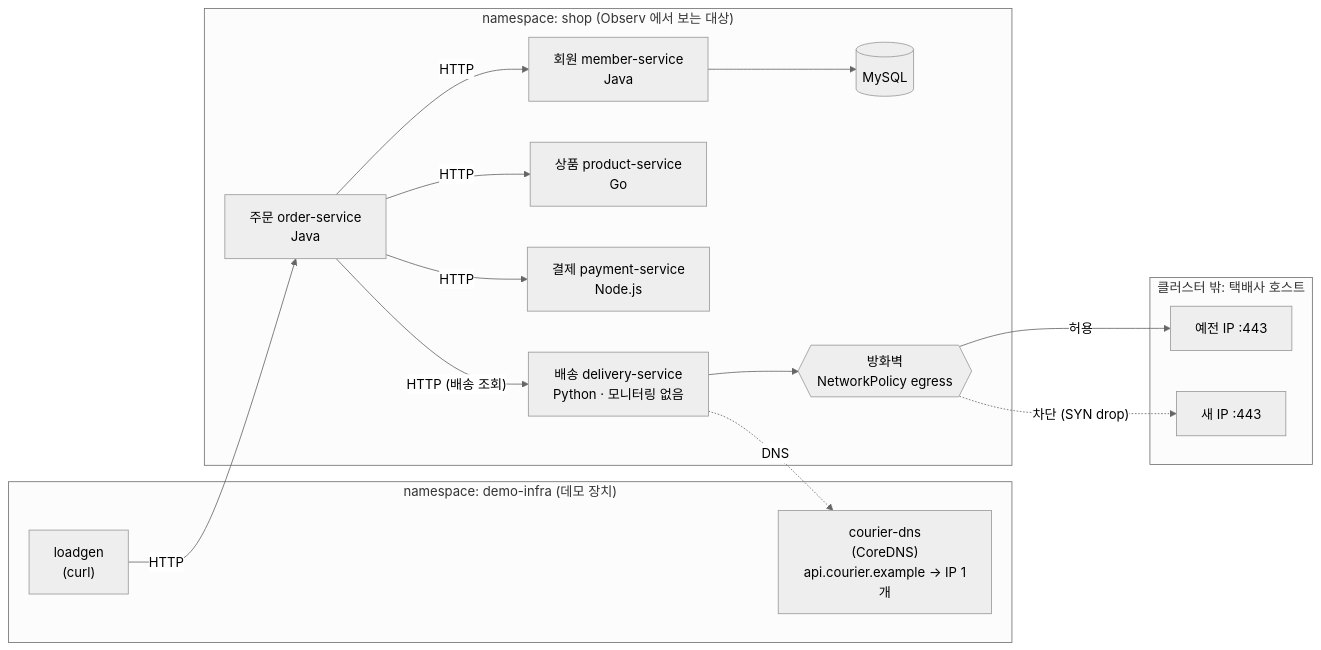
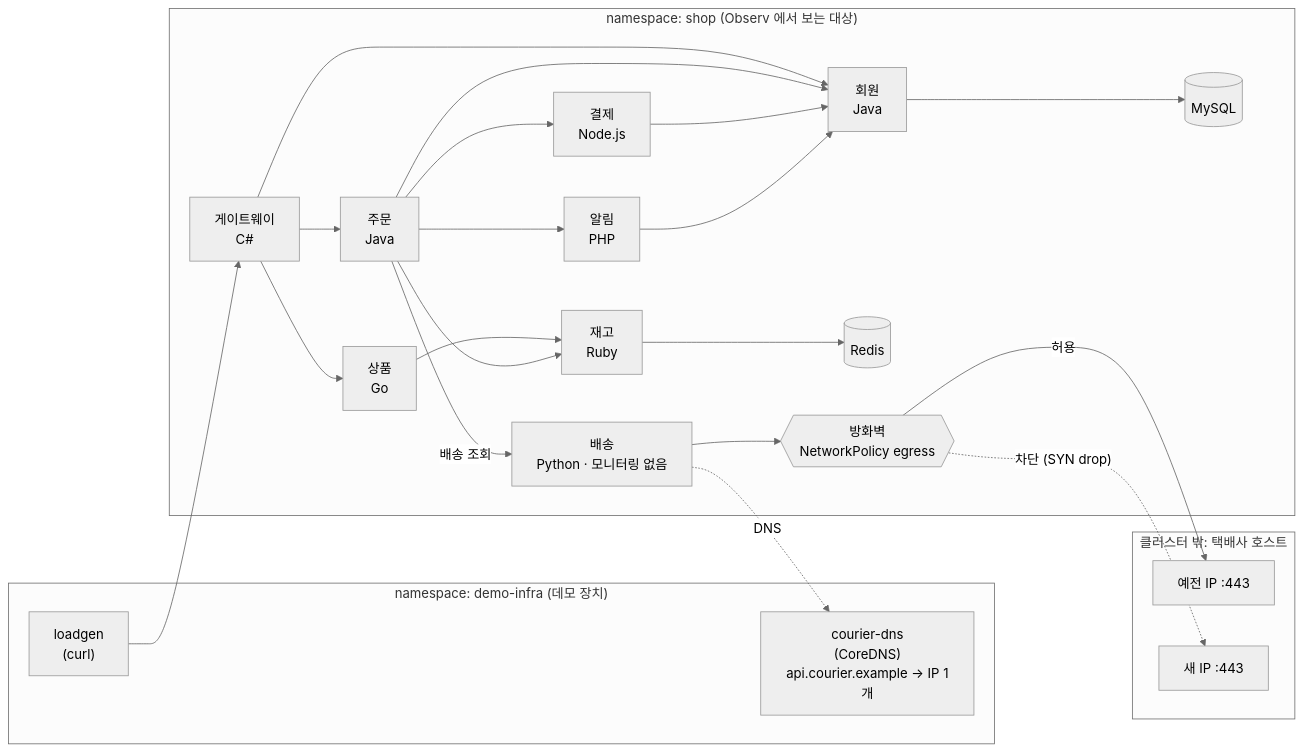
One commit to beomzh/demo-ebpf-shop changed the diagram in README.md. Above: the diagram before and after it, drawn with Mermaid (neutral theme). The commit also changed other lines of this file and 22 other files, not shown here.

````diff
--- a/README.md
+++ b/README.md
@@ -61,32 +65,40 @@
 ```mermaid
 flowchart LR
   subgraph infra["namespace: demo-infra (데모 장치)"]
     LG["loadgen<br/>(curl)"]
     DNS["courier-dns<br/>(CoreDNS)<br/>api.courier.example → IP 1개"]
   end
 
   subgraph shop["namespace: shop (Observ 에서 보는 대상)"]
-    ORD["주문 order-service<br/>Java"]
-    MEM["회원 member-service<br/>Java"]
-    PRD["상품 product-service<br/>Go"]
-    PAY["결제 payment-service<br/>Node.js"]
-    DLV["배송 delivery-service<br/>Python · 모니터링 없음"]
+    GW["게이트웨이<br/>C#"]
+    ORD["주문<br/>Java"]
+    MEM["회원<br/>Java"]
+    PRD["상품<br/>Go"]
+    INV["재고<br/>Ruby"]
+    PAY["결제<br/>Node.js"]
+    NOTI["알림<br/>PHP"]
+    DLV["배송<br/>Python · 모니터링 없음"]
     DB[("MySQL")]
+    RD[("Redis")]
     FW{{"방화벽<br/>NetworkPolicy egress"}}
   end
 
   subgraph ext["클러스터 밖: 택배사 호스트"]
     OLD["예전 IP :443"]
     NEW["새 IP :443"]
   end
 
-  LG -->|HTTP| ORD
-  ORD -->|HTTP| MEM --> DB
-  ORD -->|HTTP| PRD
-  ORD -->|HTTP| PAY
-  ORD -->|"HTTP (배송 조회)"| DLV
+  LG --> GW
+  GW --> PRD --> INV --> RD
+  GW --> MEM --> DB
+  GW --> ORD
+  ORD --> MEM
+  ORD --> INV
+  ORD --> PAY --> MEM
+  ORD --> NOTI --> MEM
+  ORD -->|"배송 조회"| DLV
   DLV -.->|DNS| DNS
   DLV --> FW
   FW -->|허용| OLD
   FW -.->|"차단 (SYN drop)"| NEW
 ```
````
